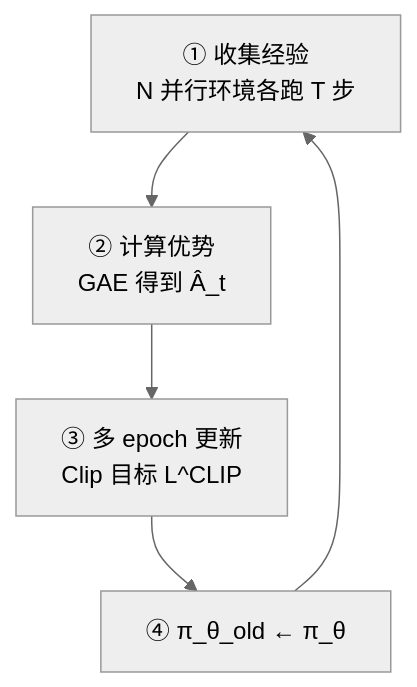
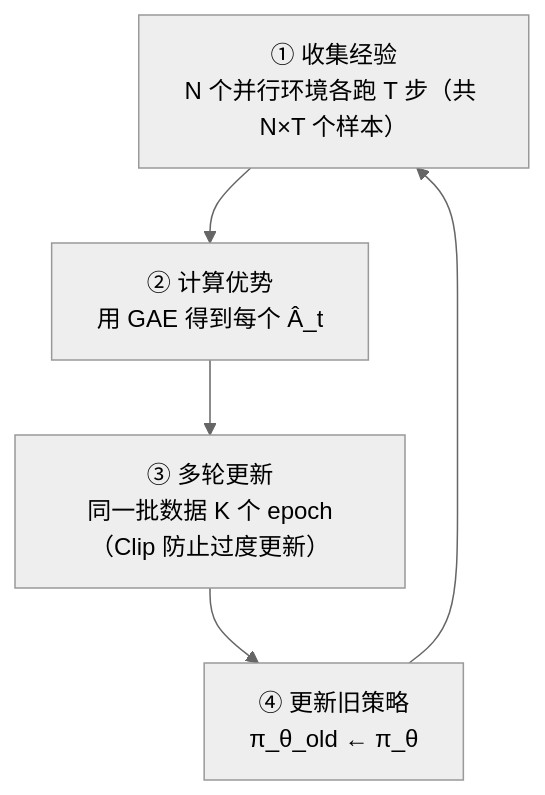
The first of 3 diagrams in papers/01_Foundational_RL/PPO_Proximal_Policy_Optimization/PPO_Proximal_Policy_Optimization.md (ImChong/Humanoid_Robot_Learning_Paper_Notebooks), drawn with Mermaid (neutral theme) before and after one commit. The commit also changed other lines of this file, not shown here.

First line of the commit message:
docs(PPO): 将论文页流程图改为 Mermaid

```diff
--- a/papers/01_Foundational_RL/PPO_Proximal_Policy_Optimization/PPO_Proximal_Policy_Optimization.md
+++ b/papers/01_Foundational_RL/PPO_Proximal_Policy_Optimization/PPO_Proximal_Policy_Optimization.md
@@ -118,7 +101,7 @@
 <div class="mermaid">
 flowchart TB
-    A["① 收集经验<br/>N 并行环境各跑 T 步"] --> B["② 计算优势<br/>GAE 得到 Â_t"]
-    B --> C["③ 多 epoch 更新<br/>Clip 目标 L^CLIP"]
-    C --> D["④ π_θ_old ← π_θ"]
+    A["① 收集经验<br/>N 个并行环境各跑 T 步（共 N×T 个样本）"] --> B["② 计算优势<br/>用 GAE 得到每个 Â_t"]
+    B --> C["③ 多轮更新<br/>同一批数据 K 个 epoch（Clip 防止过度更新）"]
+    C --> D["④ 更新旧策略<br/>π_θ_old ← π_θ"]
     D --> A
 </div>
```
